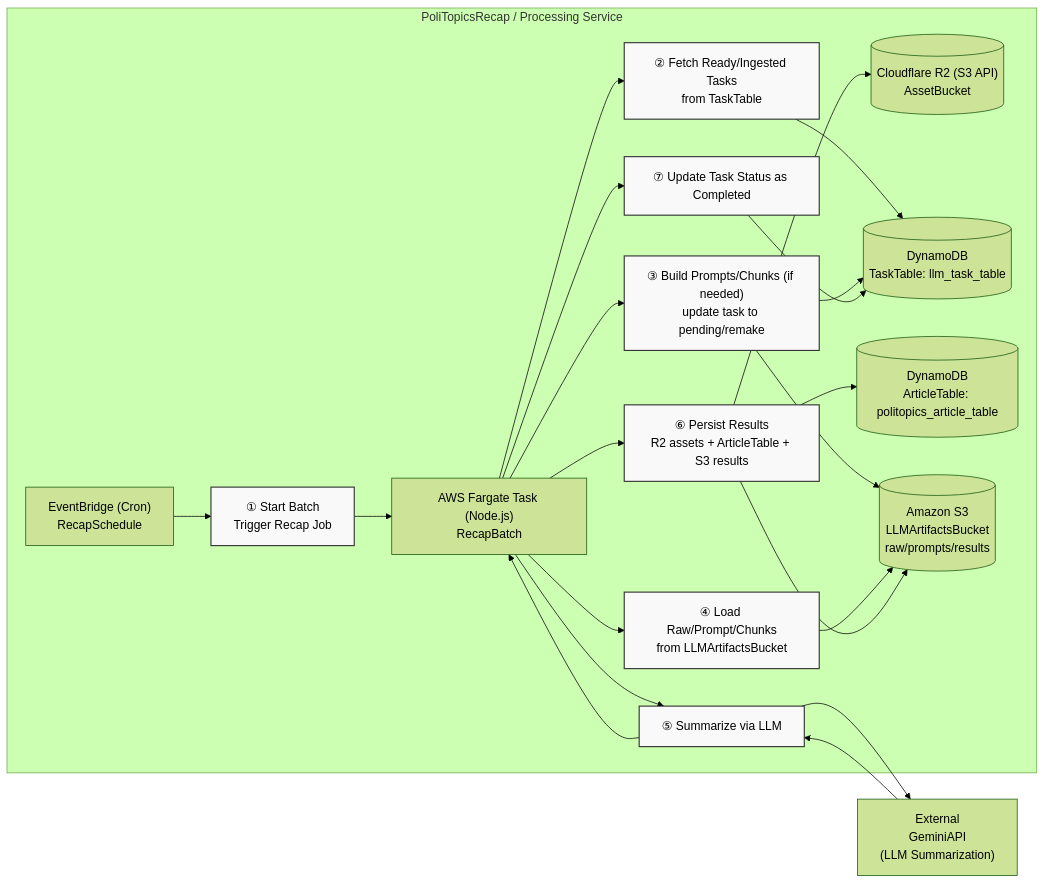
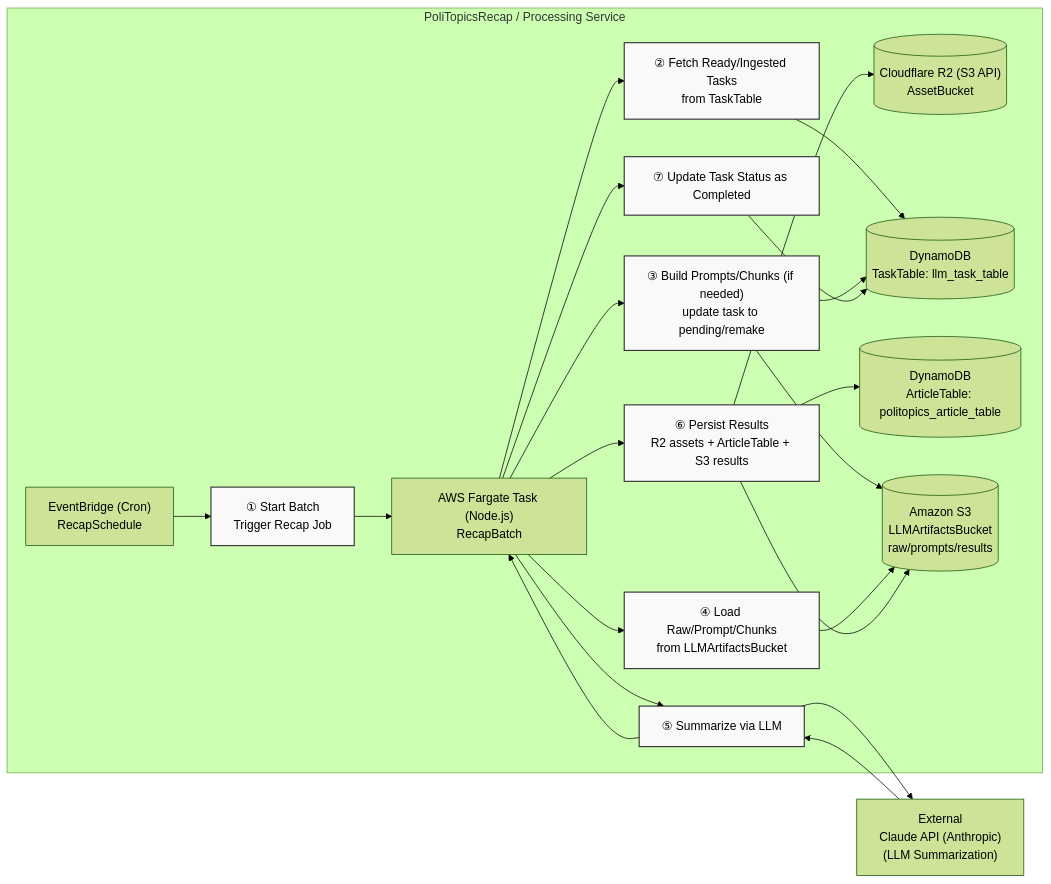
The diagram in README.md (Keyhole-Koro/PoliTopicsRecap), drawn with Mermaid (forest theme) before and after one commit. The commit also changed other lines of this file and 6 other files, not shown here.

````diff
--- a/README.md
+++ b/README.md
@@ -8,41 +8,41 @@
 ```mermaid
 ---
 config:
   layout: dagre
 ---
 flowchart LR
   subgraph RP["PoliTopicsRecap / Processing Service"]
         RecapSchedule["EventBridge (Cron)<br>RecapSchedule"]
         RecapBatch["AWS Fargate Task (Node.js)<br>RecapBatch"]
         S1["① Start Batch<br>Trigger Recap Job"]
         S2["② Fetch Ready/Ingested Tasks<br>from TaskTable"]
         S3["③ Build Prompts/Chunks (if needed)<br>update task to pending/remake"]
         S4["④ Load Raw/Prompt/Chunks<br>from LLMArtifactsBucket"]
         S5["⑤ Summarize via LLM"]
         S6["⑥ Persist Results<br>R2 assets + ArticleTable + S3 results"]
         S7["⑦ Update Task Status as Completed"]
         AssetBucket[("Cloudflare R2 (S3 API)<br>AssetBucket")]
         TaskTable[("DynamoDB<br>TaskTable: llm_task_table")]
         ArticleTable[("DynamoDB<br>ArticleTable: politopics_article_table")]
         LlmBucket[("Amazon S3<br>LLMArtifactsBucket<br>raw/prompts/results")]
   end
     RecapSchedule --> S1
     S1 --> RecapBatch
     RecapBatch --> S2 & S3 & S4 & S5 & S6 & S7
     S2 --> TaskTable
     S3 --> LlmBucket & TaskTable
     S4 --> LlmBucket
-    S5 --> GeminiAPI["External<br>GeminiAPI<br>(LLM Summarization)"] & RecapBatch
-    GeminiAPI --> S5
+    S5 --> ClaudeAPI["External<br>Claude API (Anthropic)<br>(LLM Summarization)"] & RecapBatch
+    ClaudeAPI --> S5
     S6 --> AssetBucket & ArticleTable & LlmBucket
     S7 --> TaskTable
 
      S1:::step
      S2:::step
      S3:::step
      S4:::step
      S5:::step
      S6:::step
      S7:::step
     classDef step fill:#f9f9f9,stroke:#333,stroke-width:1.5px
 ```
````
